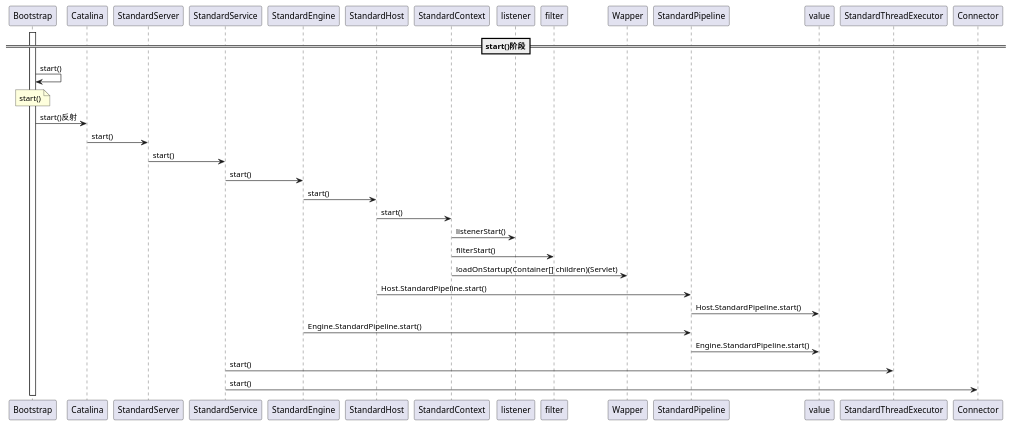
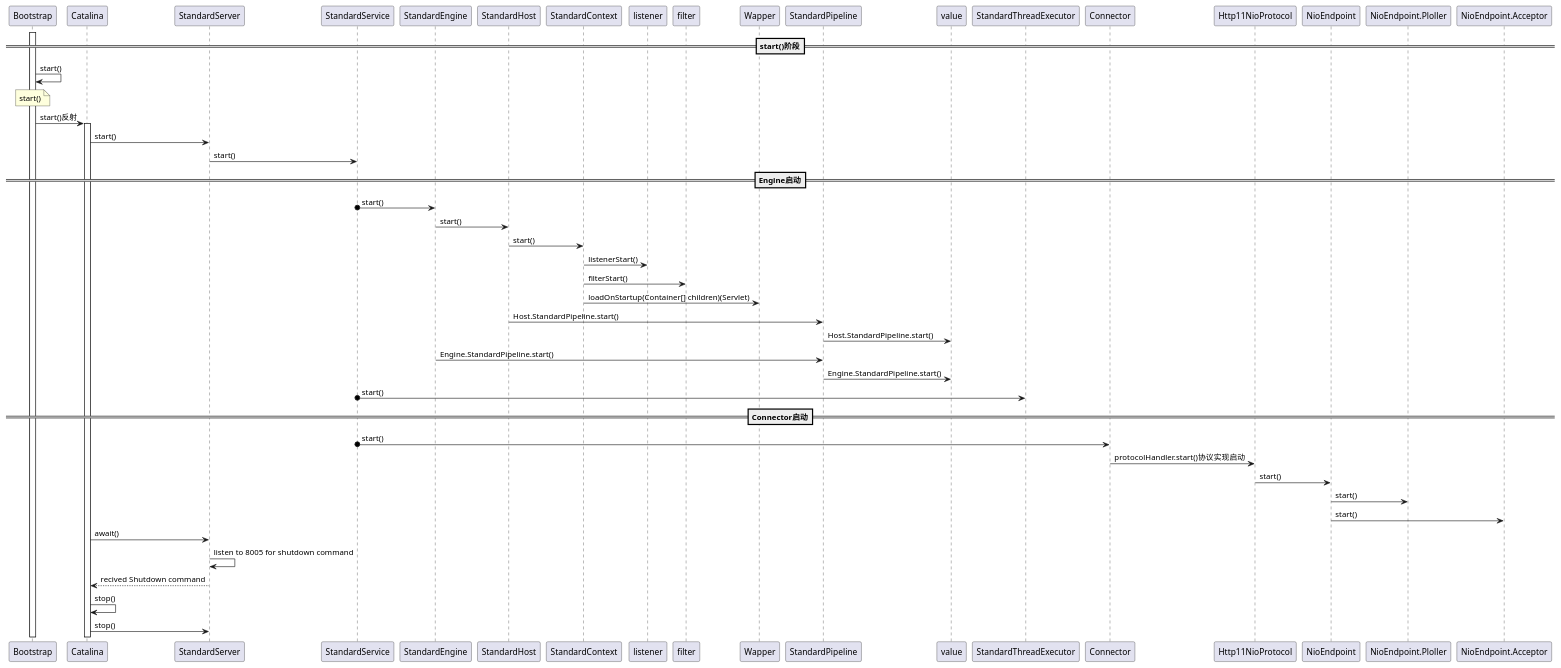
Before and after one commit to wuqinduo/springlearn: the diagram in src/main/resources/Tomcat-start.puml, drawn with PlantUML. The commit also changed 1 other file, not shown here.

Commit message:
时序图

```diff
--- a/src/main/resources/Tomcat-start.puml
+++ b/src/main/resources/Tomcat-start.puml
@@ -1,25 +1,38 @@
 @startuml
 ==start()阶段==
 
 activate Bootstrap
 Bootstrap->Bootstrap:start()
 note over Bootstrap: start()
 Bootstrap -> Catalina:start()反射
+activate Catalina
 Catalina-> StandardServer:start()
 StandardServer->StandardService:start()
-       StandardService->StandardEngine:start()
+       ==Engine启动==
+       StandardService o->StandardEngine:start()
             StandardEngine->StandardHost:start()
                 StandardHost->StandardContext:start()
                         StandardContext->listener:listenerStart()
                         StandardContext->filter:filterStart()
                         StandardContext->Wapper:loadOnStartup(Container[] children)(Servlet)
 
                 StandardHost->StandardPipeline:Host.StandardPipeline.start()
                         StandardPipeline->value:Host.StandardPipeline.start()
             StandardEngine->StandardPipeline:Engine.StandardPipeline.start()
                 StandardPipeline->value:Engine.StandardPipeline.start()
-       StandardService->StandardThreadExecutor:start()
-       StandardService->Connector:start()
+       StandardService o->StandardThreadExecutor:start()
+       ==Connector启动==
+       StandardService o->Connector:start()
+            Connector->Http11NioProtocol:protocolHandler.start()协议实现启动
+                Http11NioProtocol->NioEndpoint:start()
+                    NioEndpoint->NioEndpoint.Ploller:start()
+                    NioEndpoint->NioEndpoint.Acceptor:start()
+Catalina-> StandardServer:await()
+       StandardServer->StandardServer:listen to 8005 for shutdown command
+Catalina<--StandardServer: recived Shutdown command
+Catalina->Catalina:stop()
+Catalina->StandardServer:stop()
+
 
 autonumber stop
 @enduml
```
